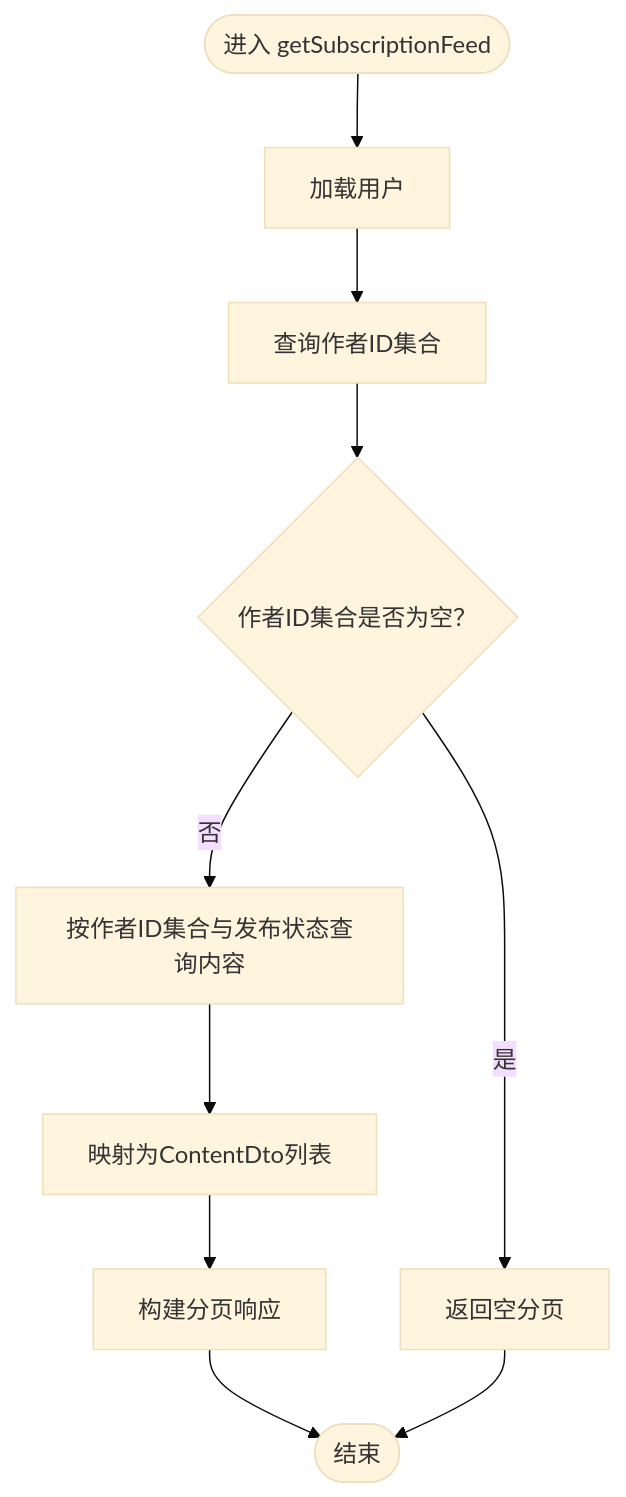
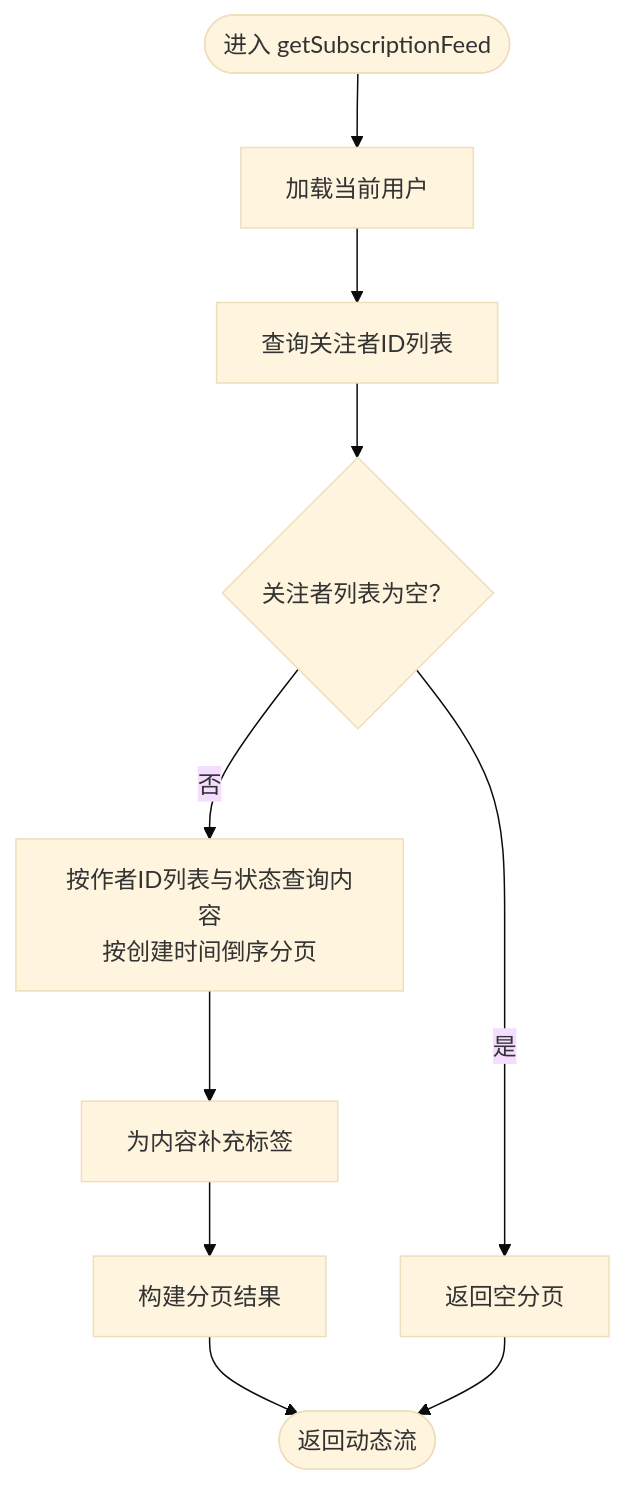
Before and after one commit to koala-xiong/communication-qoder: the fourth of 8 diagrams in .qoder/repowiki/zh/content/订阅系统.md, drawn with Mermaid (base theme). The commit also changed other lines of this file and 73 other files, not shown here.

````diff
--- a/.qoder/repowiki/zh/content/订阅系统.md
+++ b/.qoder/repowiki/zh/content/订阅系统.md
@@ -259,12 +198,12 @@
 ```mermaid
 flowchart TD
-Start(["进入 getSubscriptionFeed"]) --> LoadUser["加载用户"]
-LoadUser --> GetAuthorIds["查询作者ID集合"]
-GetAuthorIds --> HasAuthors{"作者ID集合是否为空？"}
-HasAuthors --> |是| ReturnEmpty["返回空分页"]
-HasAuthors --> |否| QueryContent["按作者ID集合与发布状态查询内容"]
-QueryContent --> MapToDto["映射为ContentDto列表"]
-MapToDto --> BuildPage["构建分页响应"]
-BuildPage --> End(["结束"])
+Start(["进入 getSubscriptionFeed"]) --> LoadUser["加载当前用户"]
+LoadUser --> GetAuthorIds["查询关注者ID列表"]
+GetAuthorIds --> HasAuthors{"关注者列表为空？"}
+HasAuthors -- 是 --> ReturnEmpty["返回空分页"]
+HasAuthors -- 否 --> QueryContent["按作者ID列表与状态查询内容<br/>按创建时间倒序分页"]
+QueryContent --> EnrichTags["为内容补充标签"]
+EnrichTags --> BuildPage["构建分页结果"]
+BuildPage --> End(["返回动态流"])
 ReturnEmpty --> End
 ```
````
